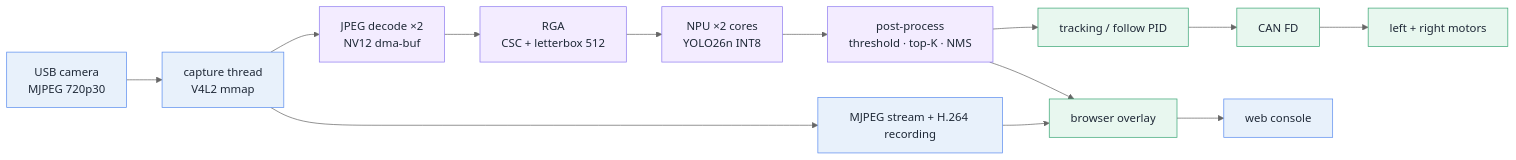
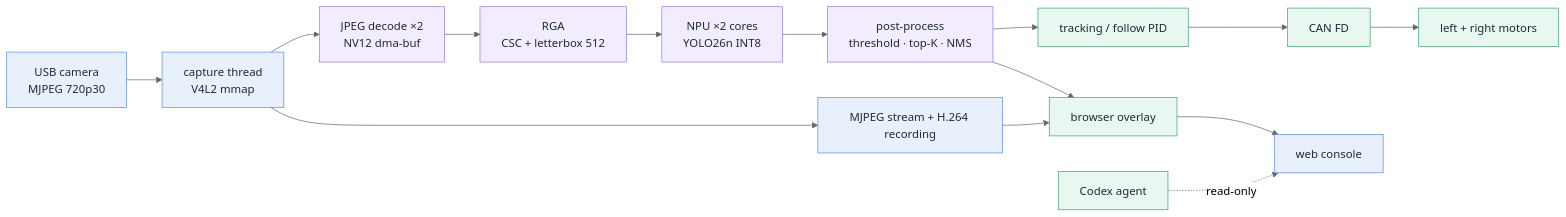
The fifth of 5 diagrams in README.md (qianruo-orange/autonomous-driving-car), drawn with Mermaid (neutral theme) before and after one commit. The commit also changed other lines of this file and 9 other files, not shown here.

Commit message:
docs: rewrite README around measured data and the on-board Codex agent

````diff
--- a/README.md
+++ b/README.md
@@ -444,21 +549,22 @@
 ```mermaid
 flowchart LR
     CAM["USB camera<br/>MJPEG 720p30"] --> CAP["capture thread<br/>V4L2 mmap"]
     CAP --> DEC["JPEG decode ×2<br/>NV12 dma-buf"]
     DEC --> RGA["RGA<br/>CSC + letterbox 512"]
     RGA --> NPU["NPU ×2 cores<br/>YOLO26n INT8"]
     NPU --> POST["post-process<br/>threshold · top-K · NMS"]
     POST --> TRK["tracking / follow PID"]
     TRK --> CAN["CAN FD"] --> MOTOR["left + right motors"]
     CAP --> STREAM["MJPEG stream + H.264 recording"]
     POST --> OVL["browser overlay"]
     STREAM --> OVL
     OVL --> WEB["web console"]
+    AG["Codex agent"] -.->|"read-only"| WEB
 
     classDef io fill:#e8f1fb,stroke:#5b8def,color:#1f2937
     classDef hw fill:#f3ecff,stroke:#8f7cf0,color:#1f2937
     classDef ctl fill:#e8f7ef,stroke:#3aa675,color:#1f2937
     class CAM,CAP,STREAM,WEB io
     class DEC,RGA,NPU,POST hw
-    class TRK,CAN,MOTOR,OVL ctl
+    class TRK,CAN,MOTOR,OVL,AG ctl
 ```
````
